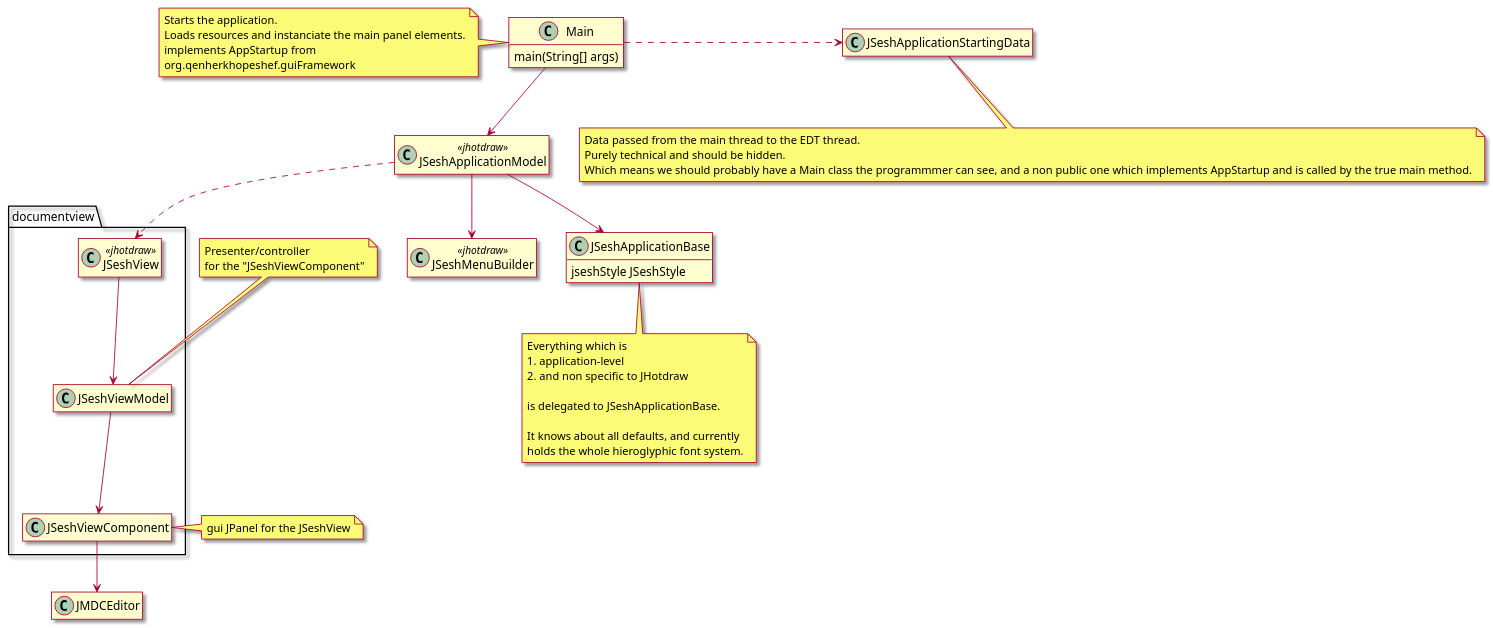
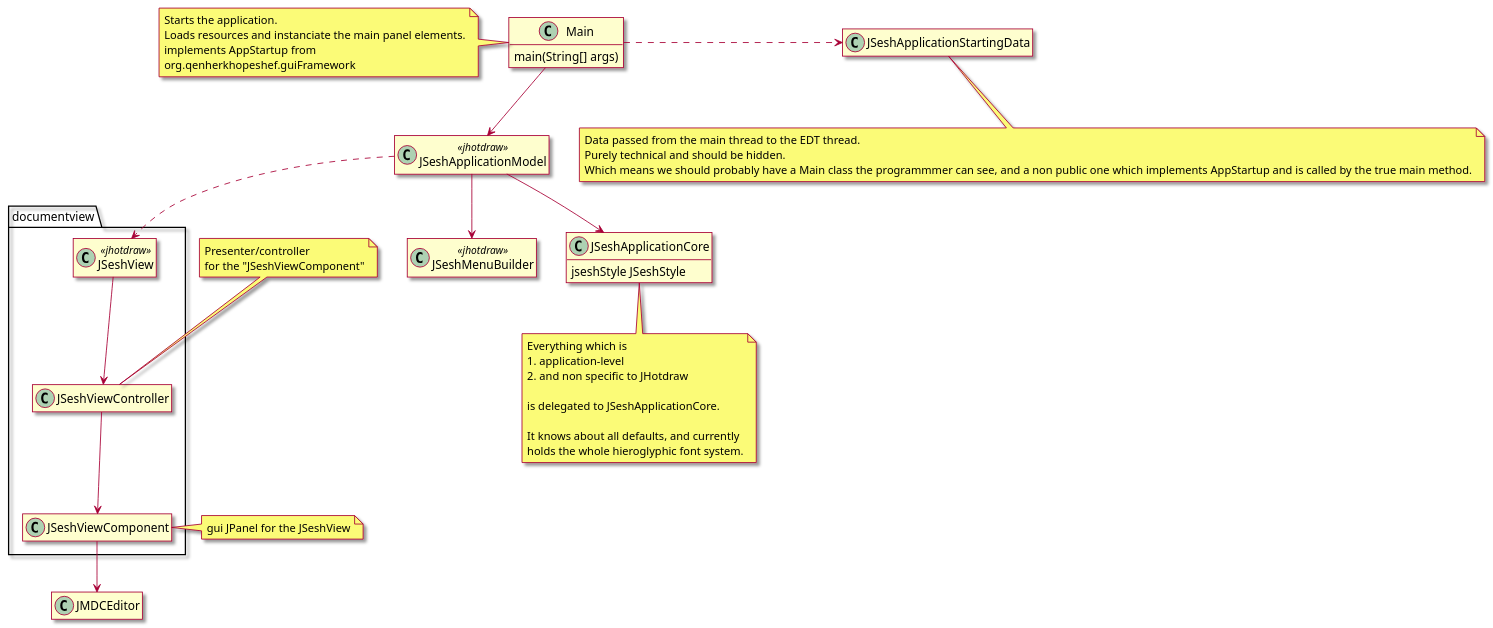
One commit to rosmord/jsesh changed the first of 6 diagrams in 00_Documents/journal/DevelopperJournal.md. Above: the diagram before and after it, drawn with PlantUML. The commit also changed other lines of this file and 6 other files, not shown here.

Commit message:
renaming application base into application core and jseshViewModel into JSeshViewController. Plus ApplyModelAction becomes ApplySavedStyleAction

```diff
--- a/00_Documents/journal/DevelopperJournal.md
+++ b/00_Documents/journal/DevelopperJournal.md
@@ -208,12 +230,12 @@
     
 }
 
-class JSeshApplicationBase  {
+class JSeshApplicationCore  {
     jseshStyle JSeshStyle    
 }
 
 
-JSeshApplicationModel --> JSeshApplicationBase
+JSeshApplicationModel --> JSeshApplicationCore
 
 class JSeshMenuBuilder <<jhotdraw>> {
     
@@ -229,12 +251,12 @@
   
   class JSeshViewComponent {}
 
-  class JSeshViewModel {
+  class JSeshViewController {
       
   }
 }
 
-note top of JSeshViewModel
+note top of JSeshViewController
 Presenter/controller 
 for the "JSeshViewComponent"
 end note
@@ -244,18 +266,18 @@
   end note
 
 
-JSeshView --> JSeshViewModel
-JSeshViewModel --> JSeshViewComponent
+JSeshView --> JSeshViewController
+JSeshViewController --> JSeshViewComponent
 
 JSeshViewComponent --> JMDCEditor
 JSeshApplicationModel ..> JSeshView
 
-note bottom of JSeshApplicationBase
+note bottom of JSeshApplicationCore
 Everything which is 
 # application-level
 # and non specific to JHotdraw
 
-is delegated to JSeshApplicationBase.
+is delegated to JSeshApplicationCore.
 
 It knows about all defaults, and currently
 holds the whole hieroglyphic font system.
```
